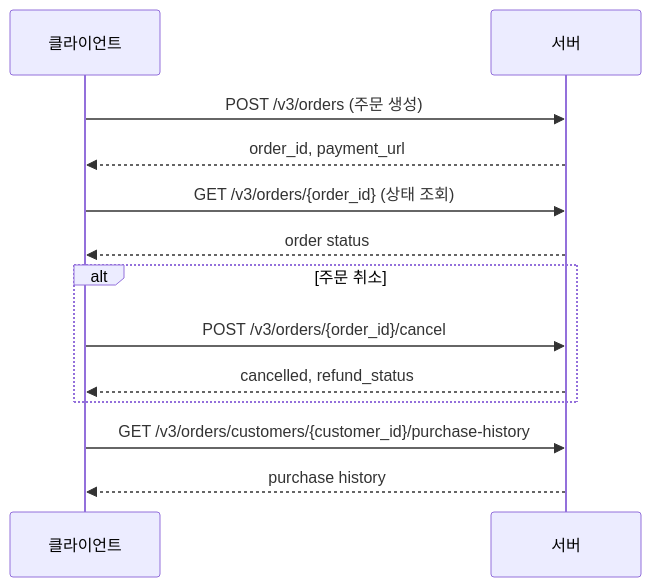
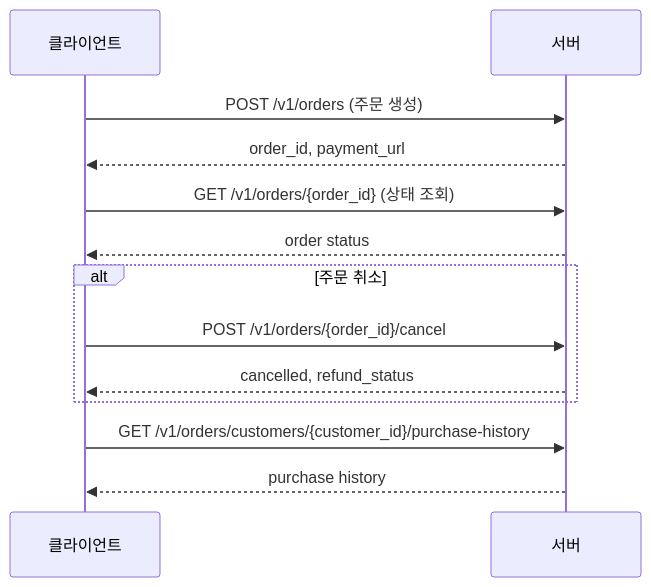
One commit to coteleafdev/SkinLens changed the sixth of 7 diagrams in docs/ops/SERVER_TEST_GUIDE.md. Above: the diagram before and after it, drawn with Mermaid. The commit also changed other lines of this file and 52 other files, not shown here.

````diff
--- a/docs/ops/SERVER_TEST_GUIDE.md
+++ b/docs/ops/SERVER_TEST_GUIDE.md
@@ -294,19 +294,19 @@
 ```mermaid
 sequenceDiagram
     participant C as 클라이언트
     participant S as 서버
     
-    C->>S: POST /v3/orders (주문 생성)
+    C->>S: POST /v1/orders (주문 생성)
     S-->>C: order_id, payment_url
     
-    C->>S: GET /v3/orders/{order_id} (상태 조회)
+    C->>S: GET /v1/orders/{order_id} (상태 조회)
     S-->>C: order status
     
     alt 주문 취소
-        C->>S: POST /v3/orders/{order_id}/cancel
+        C->>S: POST /v1/orders/{order_id}/cancel
         S-->>C: cancelled, refund_status
     end
     
-    C->>S: GET /v3/orders/customers/{customer_id}/purchase-history
+    C->>S: GET /v1/orders/customers/{customer_id}/purchase-history
     S-->>C: purchase history
 ```
````
